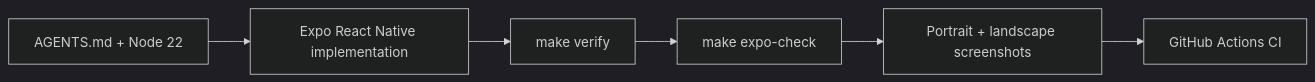
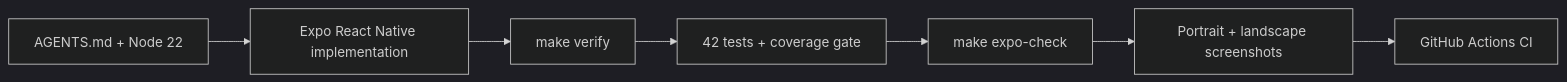
Before and after one commit to jnrahme/GameTimeTest: the second of 2 diagrams in README.md, drawn with Mermaid (dark theme). The commit also changed other lines of this file and 30 other files, not shown here.

````diff
--- a/README.md
+++ b/README.md
@@ -90,8 +96,9 @@
 ```mermaid
 flowchart LR
   Rules[AGENTS.md + Node 22] --> Build[Expo React Native implementation]
   Build --> Verify[make verify]
-  Verify --> ExpoCheck[make expo-check]
+  Verify --> Coverage[42 tests + coverage gate]
+  Coverage --> ExpoCheck[make expo-check]
   ExpoCheck --> Screens[Portrait + landscape screenshots]
   Screens --> CI[GitHub Actions CI]
 ```
````
